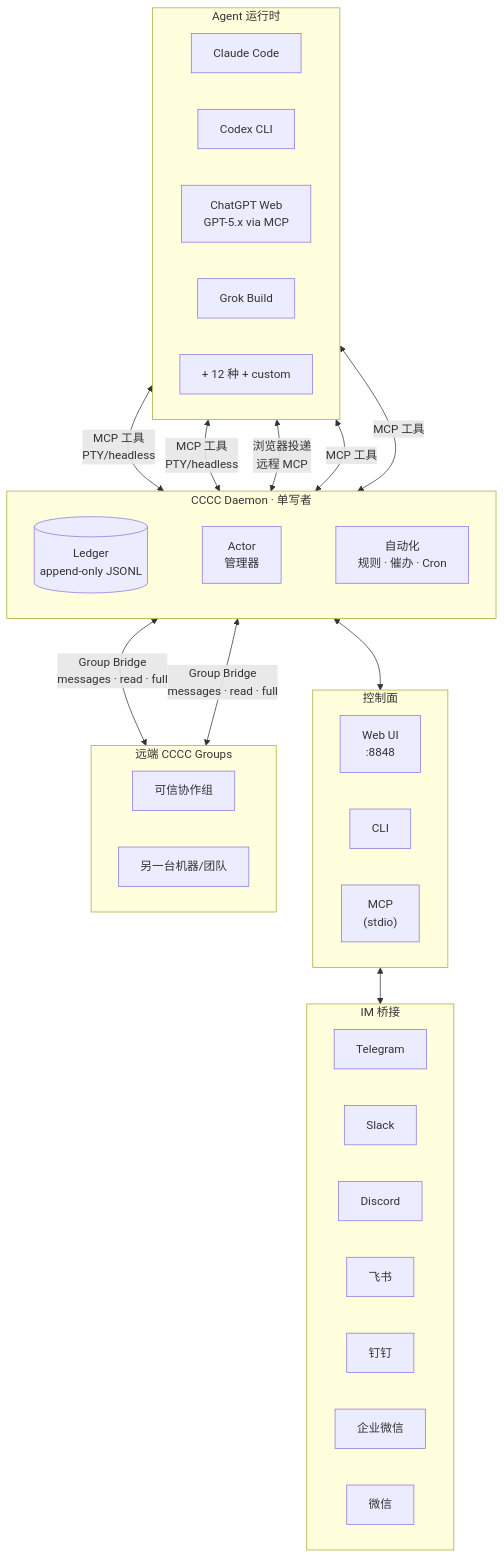
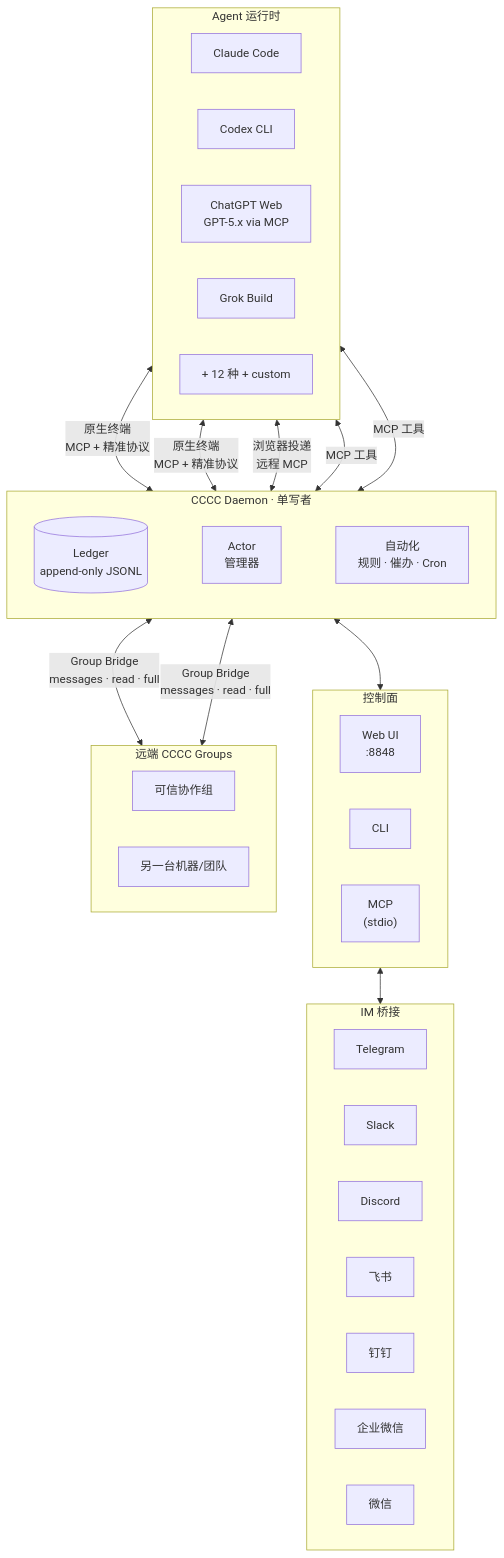
One commit to ChesterRa/cccc changed the diagram in README.zh-CN.md. Above: the diagram before and after it, drawn with Mermaid. The commit also changed other lines of this file and 240 other files, not shown here.

````diff
--- a/README.zh-CN.md
+++ b/README.zh-CN.md
@@ -155,54 +155,54 @@
 ```mermaid
 graph TB
     subgraph Agents["Agent 运行时"]
         direction LR
         A1["Claude Code"]
         A2["Codex CLI"]
         A3["ChatGPT Web<br/>GPT-5.x via MCP"]
         A4["Grok Build"]
         A5["+ 12 种 + custom"]
     end
 
     subgraph Daemon["CCCC Daemon · 单写者"]
         direction LR
         Ledger[("Ledger<br/>append-only JSONL")]
         ActorMgr["Actor<br/>管理器"]
         Auto["自动化<br/>规则 · 催办 · Cron"]
         Ledger ~~~ ActorMgr ~~~ Auto
     end
 
     subgraph Ports["控制面"]
         direction LR
         Web["Web UI<br/>:8848"]
         CLI["CLI"]
         MCP["MCP<br/>(stdio)"]
     end
 
     subgraph IM["IM 桥接"]
         direction LR
         TG["Telegram"]
         SL["Slack"]
         DC["Discord"]
         FS["飞书"]
         DT["钉钉"]
         WC["企业微信"]
         WX["微信"]
     end
 
     subgraph Remote["远端 CCCC Groups"]
         direction LR
         RG1["可信协作组"]
         RG2["另一台机器/团队"]
     end
 
-    A1 <-->|MCP 工具<br/>PTY/headless| Daemon
-    A2 <-->|MCP 工具<br/>PTY/headless| Daemon
+    A1 <-->|原生终端<br/>MCP + 精准协议| Daemon
+    A2 <-->|原生终端<br/>MCP + 精准协议| Daemon
     A3 <-->|浏览器投递<br/>远程 MCP| Daemon
     A4 <-->|MCP 工具| Daemon
     A5 <-->|MCP 工具| Daemon
     Daemon <--> Ports
     Web <--> IM
     Daemon <-->|Group Bridge<br/>messages · read · full| RG1
     Daemon <-->|Group Bridge<br/>messages · read · full| RG2
 
 ```
````
